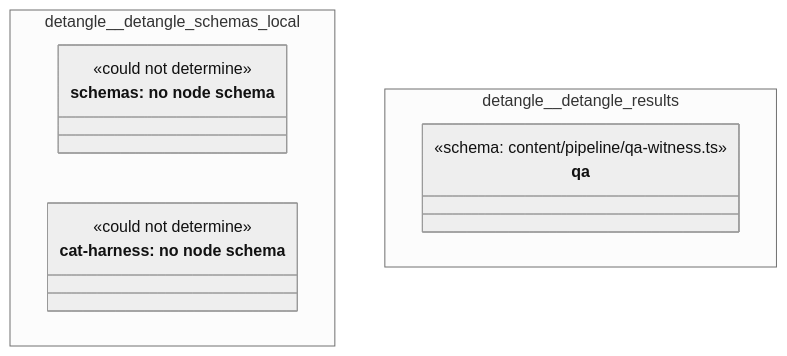
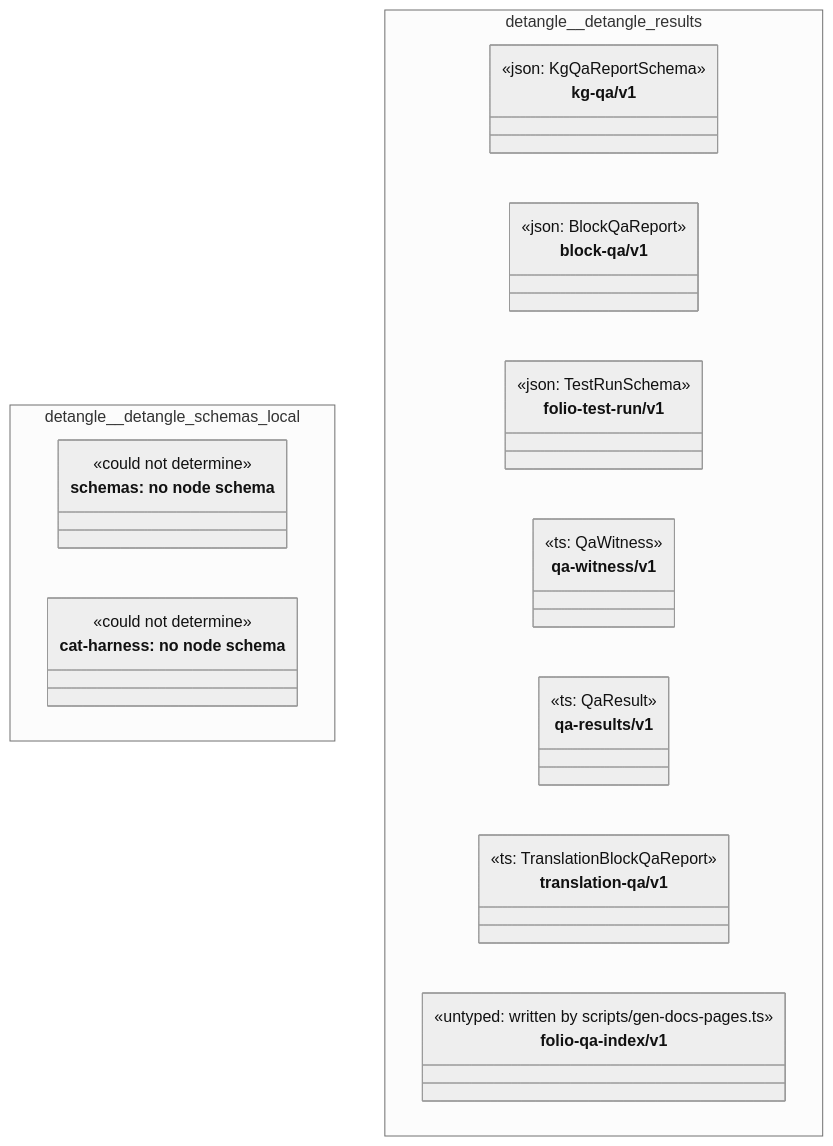
The diagram in cat-harness/docs/uml/overview/detangle.md (litlfred/folio-assistant), drawn with Mermaid (neutral theme) before and after one commit. The commit also changed other lines of this file and 22 other files, not shown here.

First line of the commit message:
rdkm: a graph kind names one node schema per $schema family

````diff
--- a/cat-harness/docs/uml/overview/detangle.md
+++ b/cat-harness/docs/uml/overview/detangle.md
@@ -12,22 +12,46 @@
 ```mermaid
 classDiagram
   direction TB
   namespace detangle__detangle_schemas_local {
     class n_detangle_detangle_schemas_local_schemas["schemas: no node schema"] {
       <<could not determine>>
     }
     class n_detangle_detangle_schemas_local_cat_harness["cat-harness: no node schema"] {
       <<could not determine>>
     }
   }
   namespace detangle__detangle_results {
-    class detangle_detangle_results_qa_shape["qa"] {
-      <<schema: content/pipeline/qa-witness.ts>>
+    class detangle_detangle_results_kg_qa_v1_kg_qa_v1["kg-qa/v1"] {
+      <<json: KgQaReportSchema>>
+    }
+    class detangle_detangle_results_block_qa_v1_block_qa_v1["block-qa/v1"] {
+      <<json: BlockQaReport>>
+    }
+    class detangle_detangle_results_folio_test_run_v1_folio_test_run_v1["folio-test-run/v1"] {
+      <<json: TestRunSchema>>
+    }
+    class detangle_detangle_results_qa_witness_v1["qa-witness/v1"] {
+      <<ts: QaWitness>>
+    }
+    class detangle_detangle_results_qa_results_v1["qa-results/v1"] {
+      <<ts: QaResult>>
+    }
+    class detangle_detangle_results_translation_qa_v1["translation-qa/v1"] {
+      <<ts: TranslationBlockQaReport>>
+    }
+    class detangle_detangle_results_folio_qa_index_v1["folio-qa-index/v1"] {
+      <<untyped: written by scripts/gen-docs-pages.ts>>
     }
   }
   cssClass "n_detangle_detangle_schemas_local_schemas" fa_uml_kind_schemas
   cssClass "n_detangle_detangle_schemas_local_schemas" fa_uml_undetermined
   cssClass "n_detangle_detangle_schemas_local_cat_harness" fa_uml_kind_cat_harness
   cssClass "n_detangle_detangle_schemas_local_cat_harness" fa_uml_undetermined
-  cssClass "detangle_detangle_results_qa_shape" fa_uml_kind_qa
+  cssClass "detangle_detangle_results_kg_qa_v1_kg_qa_v1" fa_uml_kind_qa
+  cssClass "detangle_detangle_results_block_qa_v1_block_qa_v1" fa_uml_kind_qa
+  cssClass "detangle_detangle_results_folio_test_run_v1_folio_test_run_v1" fa_uml_kind_qa
+  cssClass "detangle_detangle_results_qa_witness_v1" fa_uml_kind_qa
+  cssClass "detangle_detangle_results_qa_results_v1" fa_uml_kind_qa
+  cssClass "detangle_detangle_results_translation_qa_v1" fa_uml_kind_qa
+  cssClass "detangle_detangle_results_folio_qa_index_v1" fa_uml_kind_qa
 ```
````
